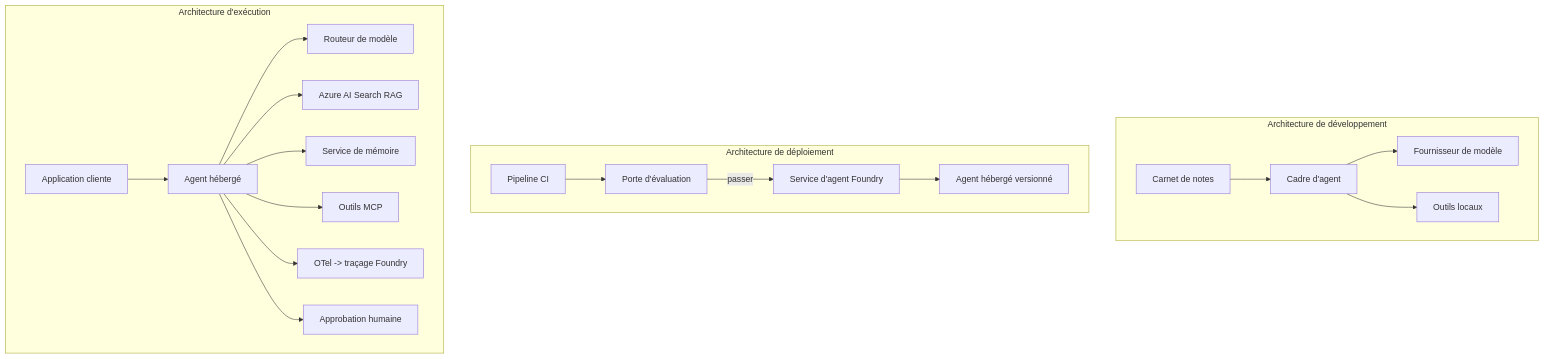
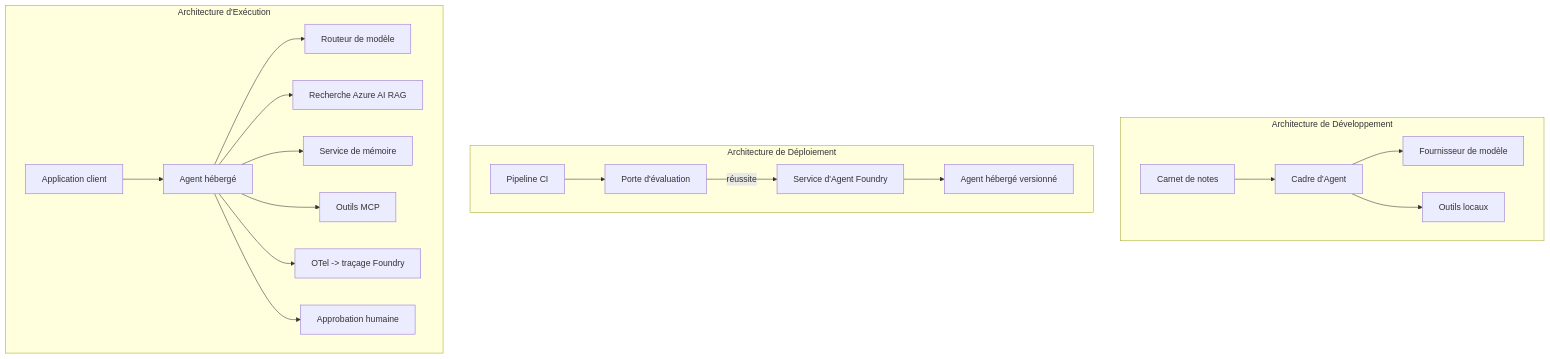
One commit to gabrielmoreira/agent-skills-mirror changed the fourth of 4 diagrams in mirrors/repos/microsoft@ai-agents-for-beginners/translations/fr/16-deploying-scalable-agents/README.md. Above: the diagram before and after it, drawn with Mermaid. The commit also changed other lines of this file and 5918 other files, not shown here.

````diff
--- a/mirrors/repos/microsoft@ai-agents-for-beginners/translations/fr/16-deploying-scalable-agents/README.md
+++ b/mirrors/repos/microsoft@ai-agents-for-beginners/translations/fr/16-deploying-scalable-agents/README.md
@@ -185,22 +185,22 @@
 ```mermaid
 flowchart TB
-    subgraph Dev[Architecture de développement]
-        D1[Carnet de notes] --> D2[Cadre d'agent]
+    subgraph Dev[Architecture de Développement]
+        D1[Carnet de notes] --> D2[Cadre d'Agent]
         D2 --> D3[Fournisseur de modèle]
         D2 --> D4[Outils locaux]
     end
-    subgraph Deploy[Architecture de déploiement]
+    subgraph Deploy[Architecture de Déploiement]
         E1[Pipeline CI] --> E2[Porte d'évaluation]
-        E2 -->|passer| E3[Service d'agent Foundry]
+        E2 -->|réussite| E3[Service d'Agent Foundry]
         E3 --> E4[Agent hébergé versionné]
     end
-    subgraph Run[Architecture d'exécution]
-        F1[Application cliente] --> F2[Agent hébergé]
+    subgraph Run[Architecture d'Exécution]
+        F1[Application client] --> F2[Agent hébergé]
         F2 --> F3[Routeur de modèle]
-        F2 --> F4[Azure AI Search RAG]
+        F2 --> F4[Recherche Azure AI RAG]
         F2 --> F5[Service de mémoire]
         F2 --> F6[Outils MCP]
         F2 --> F7[OTel -> traçage Foundry]
         F2 --> F8[Approbation humaine]
     end
 ```
````
